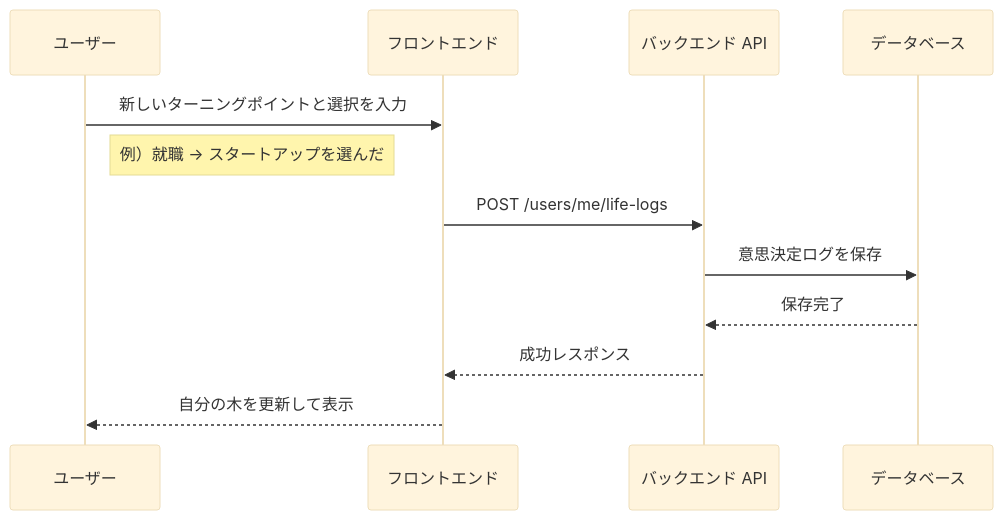
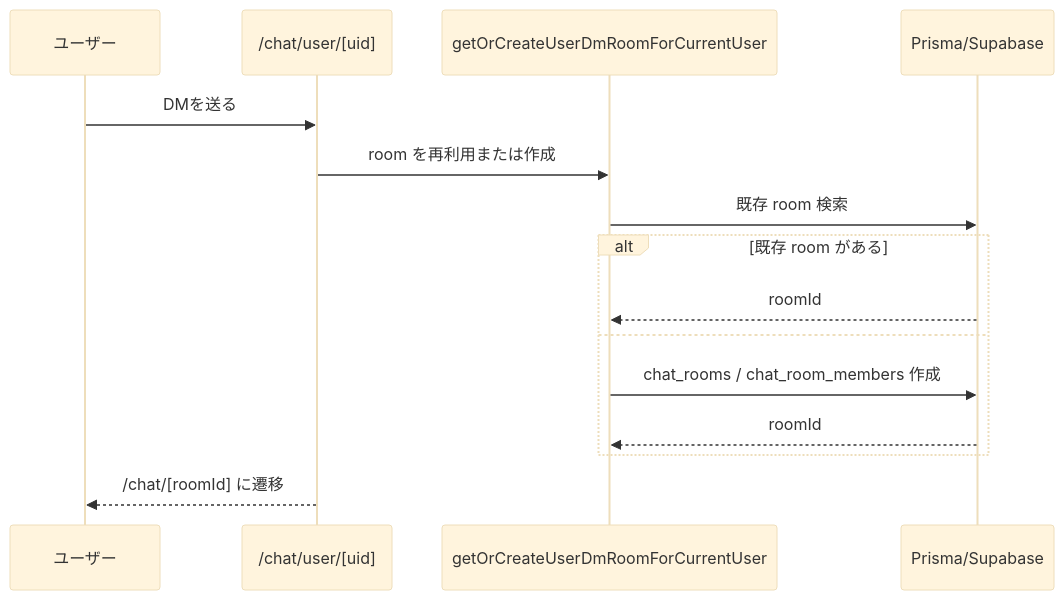
The seventh of 9 diagrams in docs/details/process-flow.md (Asheze1127/hackathon-2026-in-apu), drawn with Mermaid (base theme) before and after one commit. The commit also changed other lines of this file and 8 other files, not shown here.

````diff
--- a/docs/details/process-flow.md
+++ b/docs/details/process-flow.md
@@ -113,15 +148,18 @@
 ```mermaid
 sequenceDiagram
     participant User as ユーザー
-    participant FE as フロントエンド
-    participant API as バックエンド API
-    participant DB as データベース
+    participant FE as /chat/user/[uid]
+    participant Helper as getOrCreateUserDmRoomForCurrentUser
+    participant DB as Prisma/Supabase
 
-    User->>FE: 新しいターニングポイントと選択を入力
-    Note right of User: 例）就職 → スタートアップを選んだ
-    FE->>API: POST /users/me/life-logs
-    API->>DB: 意思決定ログを保存
-    DB-->>API: 保存完了
-    API-->>FE: 成功レスポンス
-    FE-->>User: 自分の木を更新して表示
+    User->>FE: DMを送る
+    FE->>Helper: room を再利用または作成
+    Helper->>DB: 既存 room 検索
+    alt 既存 room がある
+        DB-->>Helper: roomId
+    else
+        Helper->>DB: chat_rooms / chat_room_members 作成
+        DB-->>Helper: roomId
+    end
+    FE-->>User: /chat/[roomId] に遷移
 ```
````
